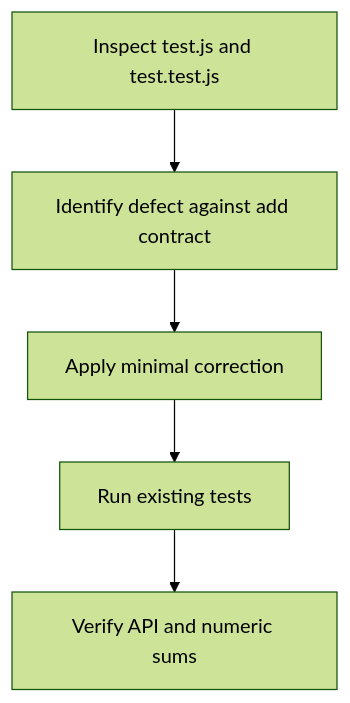
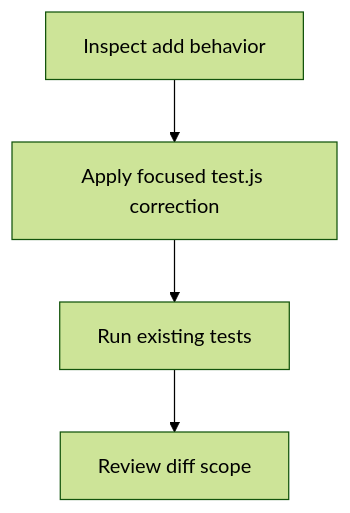
Before and after one commit to md-software-factory/todo-app: the diagram in .factory/issues/2/tech-spec.md, drawn with Mermaid (forest theme). The commit also changed other lines of this file and 11 other files, not shown here.

````diff
--- a/.factory/issues/2/tech-spec.md
+++ b/.factory/issues/2/tech-spec.md
@@ -47,7 +42,6 @@
 ```mermaid
 flowchart TD
-  A[Inspect test.js and test.test.js] --> B[Identify defect against add contract]
-  B --> C[Apply minimal correction]
-  C --> D[Run existing tests]
-  D --> E[Verify API and numeric sums]
+  A[Inspect add behavior] --> B[Apply focused test.js correction]
+  B --> C[Run existing tests]
+  C --> D[Review diff scope]
 ```
````
